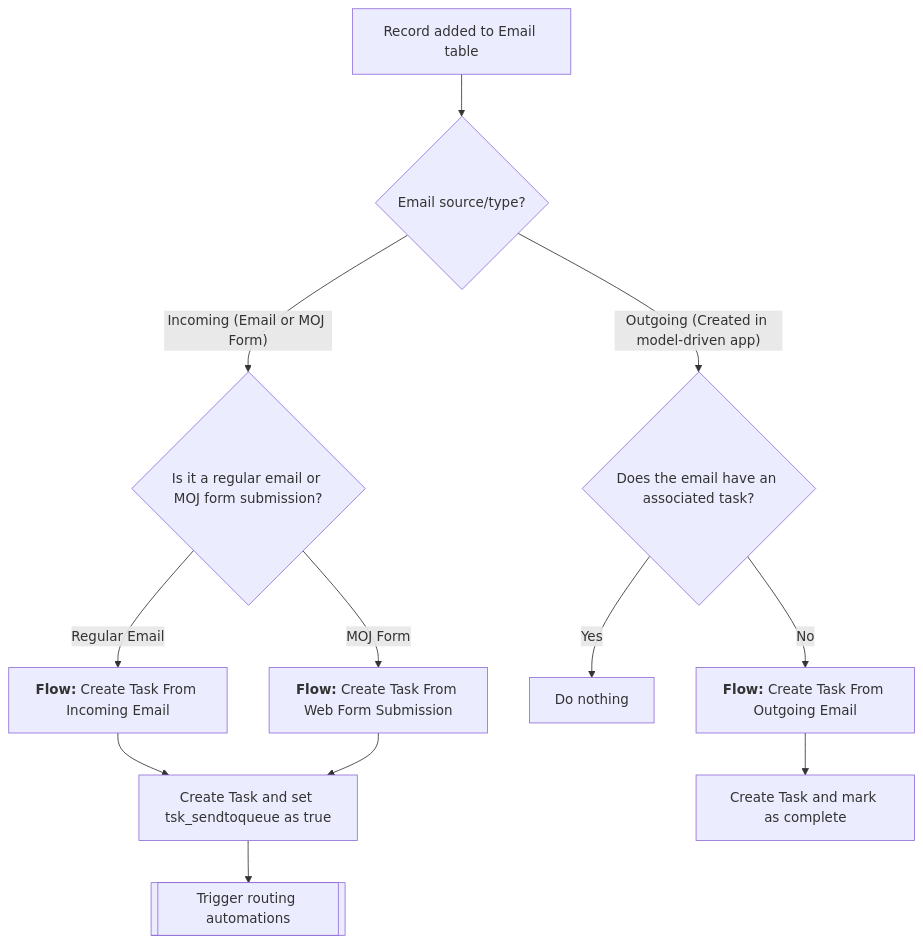
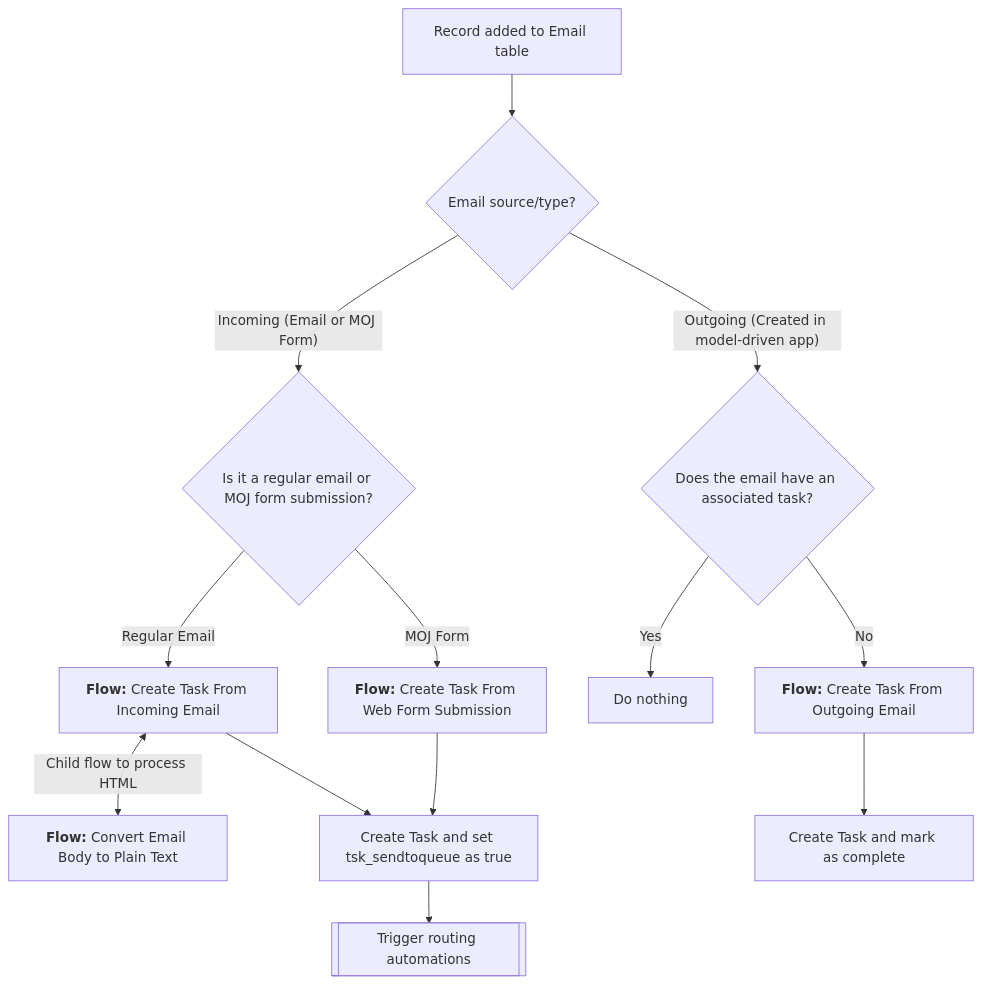
One commit to ThomasVineMoJ/ss-pp-cnbc-tasks changed the fifth of 8 diagrams in base/documentation/high-level-design.md. Above: the diagram before and after it, drawn with Mermaid. The commit also changed other lines of this file and 2 other files, not shown here.

````diff
--- a/base/documentation/high-level-design.md
+++ b/base/documentation/high-level-design.md
@@ -183,24 +189,26 @@
 ```mermaid
 flowchart TD
 
     A[Record added to Email table] --> B{Email source/type?}
 
     %% Branch 1: Incoming email / MOJ form
     B -->|"Incoming (Email or MOJ Form)"| C{Is it a regular email or MOJ form submission?}
 
     C -->|Regular Email| D[<b>Flow:</b> Create Task From Incoming Email]
     C -->|MOJ Form| E[<b>Flow:</b> Create Task From Web Form Submission]
+
+    D <-->|Child flow to process HTML| L[<b>Flow:</b> Convert Email Body to Plain Text]
 
     D --> F[Create Task and set tsk_sendtoqueue as true]
     E --> F
 
     F --> G[[Trigger routing automations]]
 
     %% Branch 2: Outgoing email from app
     B -->|"Outgoing (Created in model-driven app)"| H{Does the email have an associated task?}
 
     H -->|Yes| I[Do nothing]
     H -->|No| J[<b>Flow:</b> Create Task From Outgoing Email]
 
     J --> K[Create Task and mark as complete]
 ```
````
